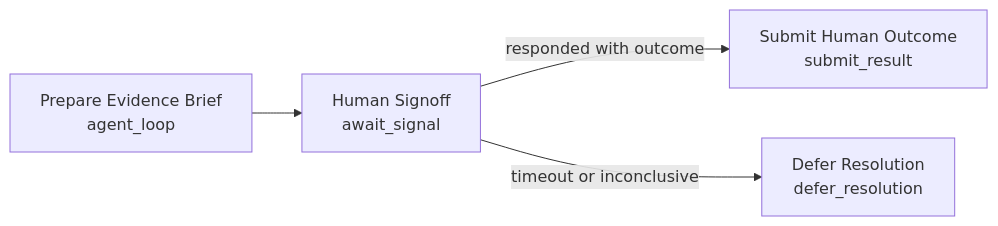
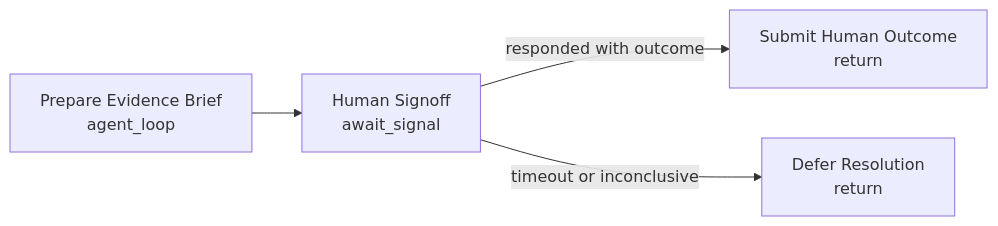
The diagram in docs/examples/ai-brief-human-signoff/README.md (qmrkt/resolution-engine), drawn with Mermaid before and after one commit. The commit also changed 86 other files, not shown here.

````diff
--- a/docs/examples/ai-brief-human-signoff/README.md
+++ b/docs/examples/ai-brief-human-signoff/README.md
@@ -10,11 +10,11 @@
 ```mermaid
 flowchart LR
   brief["Prepare Evidence Brief<br/>agent_loop"]
   human["Human Signoff<br/>await_signal"]
-  submit["Submit Human Outcome<br/>submit_result"]
-  defer["Defer Resolution<br/>defer_resolution"]
+  submit["Submit Human Outcome<br/>return"]
+  defer["Defer Resolution<br/>return"]
 
   brief --> human
   human -->|"responded with outcome"| submit
   human -->|"timeout or inconclusive"| defer
 ```
````
